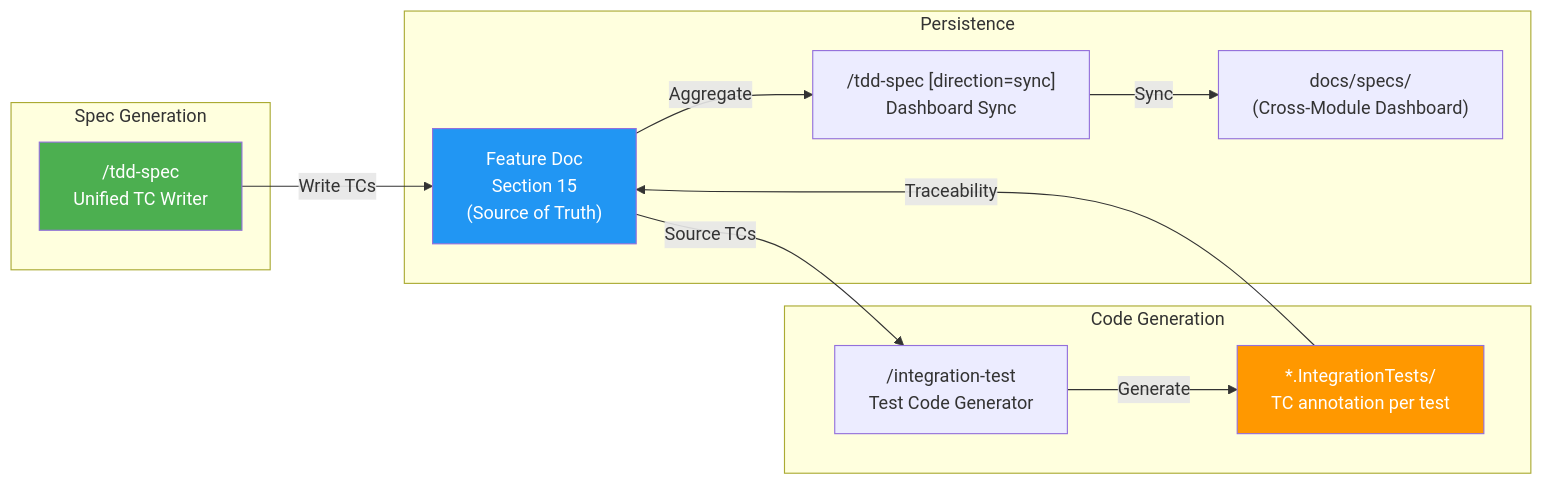
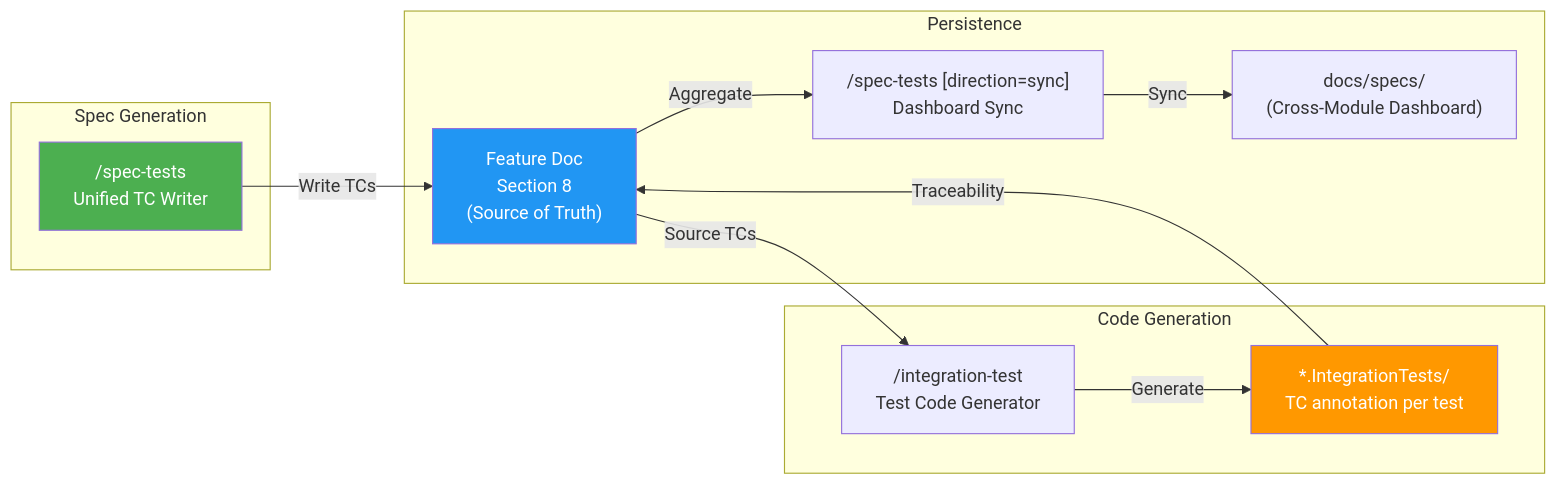
Before and after one commit to duc01226/easy-claude: diagram 14 of 20 in .claude/docs/claude-ai-agent-framework-guide.md, drawn with Mermaid. The commit also changed other lines of this file and 761 other files, not shown here.

````diff
--- a/.claude/docs/claude-ai-agent-framework-guide.md
+++ b/.claude/docs/claude-ai-agent-framework-guide.md
@@ -1329,28 +1321,28 @@
 ```mermaid
 flowchart LR
     subgraph "Spec Generation"
-        TS["/tdd-spec<br/>Unified TC Writer"]
+        TS["/spec-tests<br/>Unified TC Writer"]
     end
 
     subgraph "Persistence"
-        FD["Feature Doc<br/>Section 15<br/>(Source of Truth)"]
-        TSD["/tdd-spec [direction=sync]<br/>Dashboard Sync"]
+        FD["Feature Doc<br/>Section 8<br/>(Source of Truth)"]
+        TSD["/spec-tests [direction=sync]<br/>Dashboard Sync"]
         DASH["docs/specs/<br/>(Cross-Module Dashboard)"]
     end
 
     subgraph "Code Generation"
         IT["/integration-test<br/>Test Code Generator"]
         CODE["*.IntegrationTests/<br/>TC annotation per test"]
     end
 
     TS -->|"Write TCs"| FD
     FD -->|"Aggregate"| TSD
     TSD -->|"Sync"| DASH
     FD -->|"Source TCs"| IT
     IT -->|"Generate"| CODE
     CODE -->|"Traceability"| FD
 
     style TS fill:#4CAF50,color:white
     style FD fill:#2196F3,color:white
     style CODE fill:#FF9800,color:white
 ```
````
